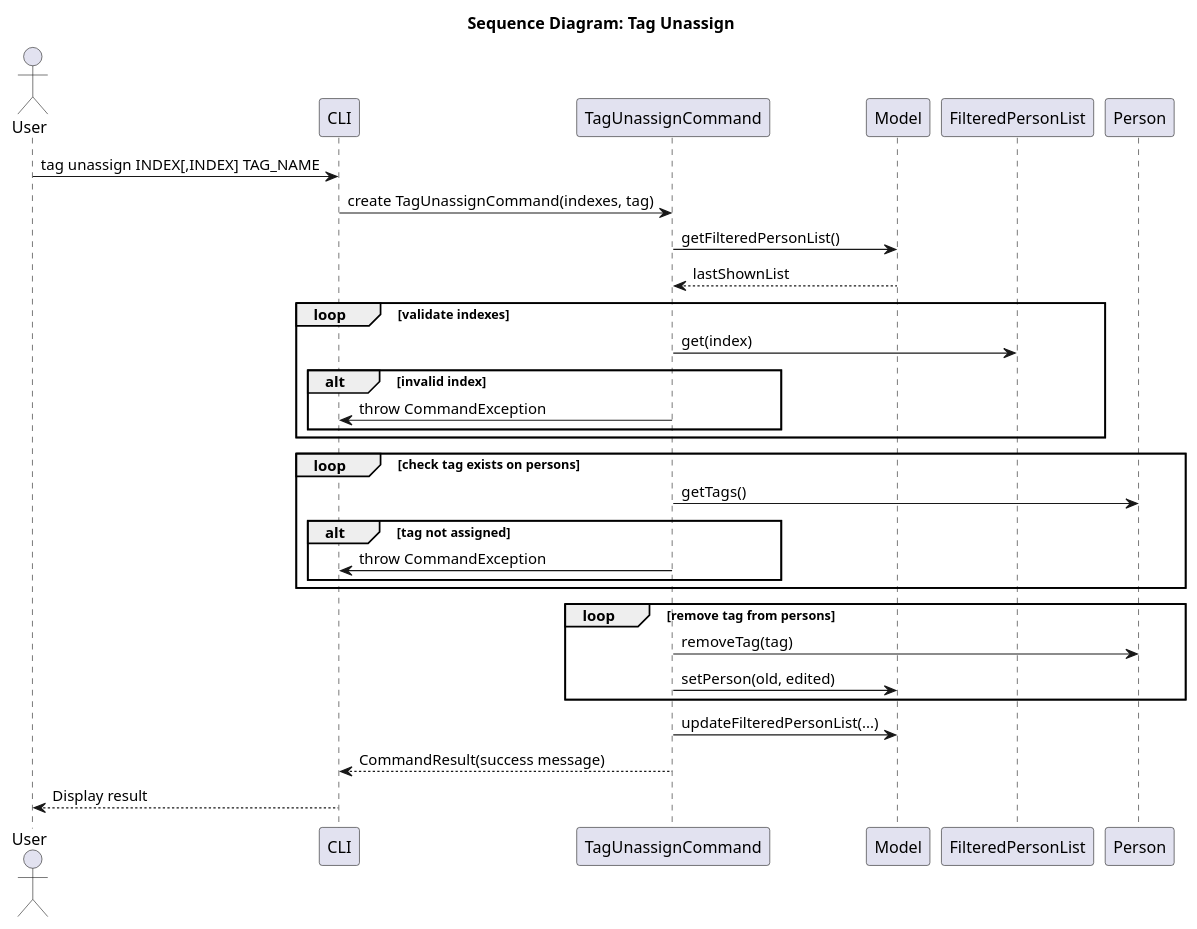
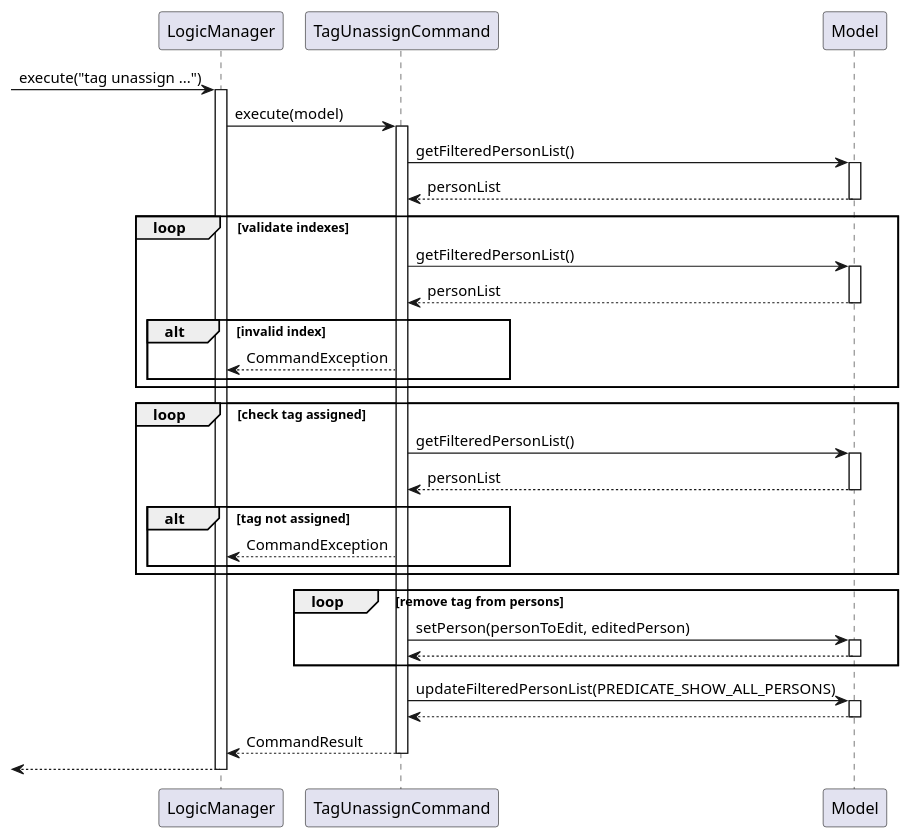
One commit to savagexr3/tp changed the diagram in docs/diagrams/tag/TagUnassignSequenceDiagram.puml. Above: the diagram before and after it, drawn with PlantUML. The commit also changed 1 other file, not shown here.

Commit message:
Change UML diagrams

```diff
--- a/docs/diagrams/tag/TagUnassignSequenceDiagram.puml
+++ b/docs/diagrams/tag/TagUnassignSequenceDiagram.puml
@@ -1,41 +1,56 @@
 @startuml
-title Sequence Diagram: Tag Unassign
+participant "LogicManager" as LogicManager
+participant "TagUnassignCommand" as TagUnassignCommand
+participant "Model" as Model
 
-actor User
-participant "CLI" as CLI
-participant "TagUnassignCommand" as Command
-participant "Model" as Model
-participant "FilteredPersonList" as List
-participant "Person" as Person
+-> LogicManager : execute("tag unassign ...")
+activate LogicManager
 
-User -> CLI : tag unassign INDEX[,INDEX] TAG_NAME
-CLI -> Command : create TagUnassignCommand(indexes, tag)
+LogicManager -> TagUnassignCommand : execute(model)
+activate TagUnassignCommand
 
-Command -> Model : getFilteredPersonList()
-Model --> Command : lastShownList
+TagUnassignCommand -> Model : getFilteredPersonList()
+activate Model
+Model --> TagUnassignCommand : personList
+deactivate Model
 
 loop validate indexes
-    Command -> List : get(index)
+    TagUnassignCommand -> Model : getFilteredPersonList()
+    activate Model
+    Model --> TagUnassignCommand : personList
+    deactivate Model
+
     alt invalid index
-        Command -> CLI : throw CommandException
+        TagUnassignCommand --> LogicManager : CommandException
     end
 end
 
-loop check tag exists on persons
-    Command -> Person : getTags()
+loop check tag assigned
+    TagUnassignCommand -> Model : getFilteredPersonList()
+    activate Model
+    Model --> TagUnassignCommand : personList
+    deactivate Model
+
     alt tag not assigned
-        Command -> CLI : throw CommandException
+        TagUnassignCommand --> LogicManager : CommandException
     end
 end
 
 loop remove tag from persons
-    Command -> Person : removeTag(tag)
-    Command -> Model : setPerson(old, edited)
+    TagUnassignCommand -> Model : setPerson(personToEdit, editedPerson)
+    activate Model
+    Model --> TagUnassignCommand
+    deactivate Model
 end
 
-Command -> Model : updateFilteredPersonList(...)
-Command --> CLI : CommandResult(success message)
+TagUnassignCommand -> Model : updateFilteredPersonList(PREDICATE_SHOW_ALL_PERSONS)
+activate Model
+Model --> TagUnassignCommand
+deactivate Model
 
-CLI --> User : Display result
+TagUnassignCommand --> LogicManager : CommandResult
 
+deactivate TagUnassignCommand
+<-- LogicManager
+deactivate LogicManager
 @enduml
```
